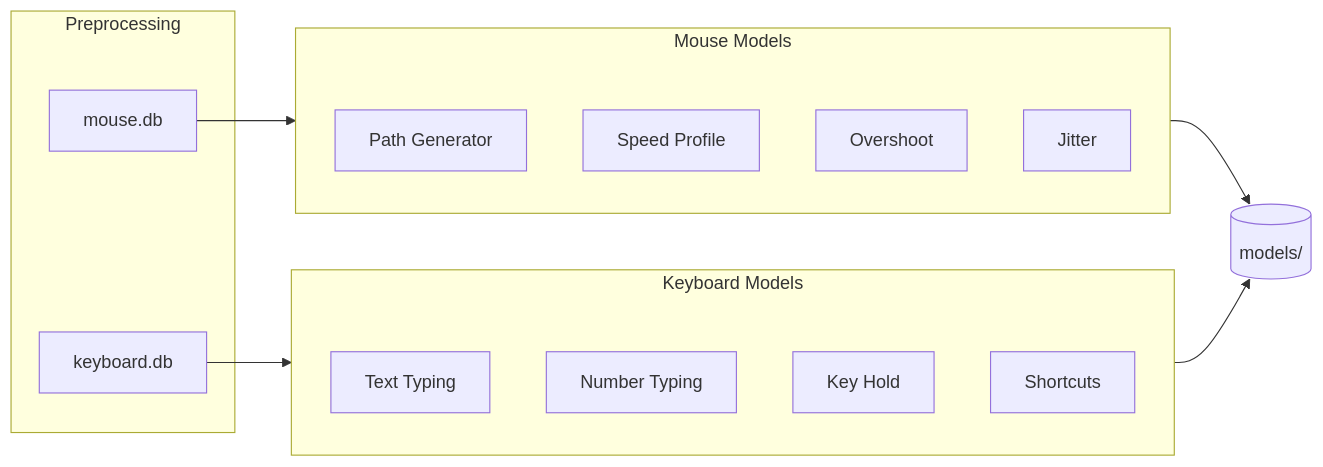
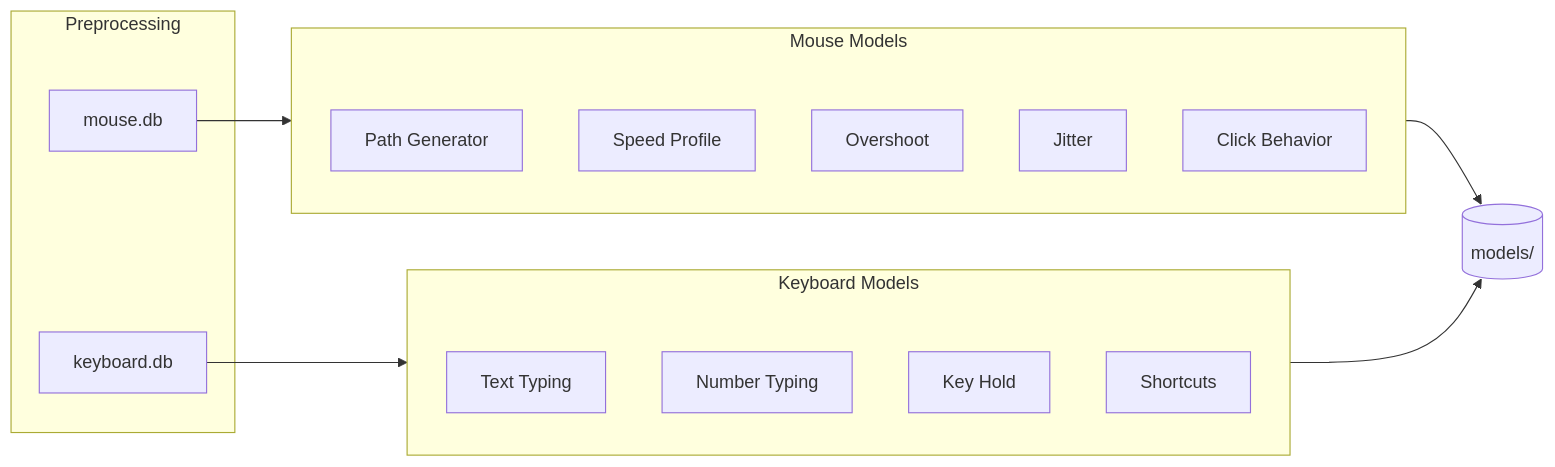
Before and after one commit to UVuruna/InputDNA: the diagram in ml/__ml.md, drawn with Mermaid. The commit also changed other lines of this file and 1 other file, not shown here.

````diff
--- a/ml/__ml.md
+++ b/ml/__ml.md
@@ -14,27 +14,28 @@
 ```mermaid
 %%{init: {'flowchart': {'subGraphTitleMargin': {'top': 0, 'bottom': 35}}}}%%
 flowchart LR
     subgraph DATA["Preprocessing"]
         MD[mouse.db]
         KD[keyboard.db]
     end
 
     subgraph MOUSE["Mouse Models"]
         PM[Path Generator]
         SM[Speed Profile]
         OM[Overshoot]
         JM[Jitter]
+        CM[Click Behavior]
     end
 
     subgraph KB["Keyboard Models"]
         TM[Text Typing]
         NM[Number Typing]
         HM[Key Hold]
         SC[Shortcuts]
     end
 
     MD --> MOUSE
     KD --> KB
     MOUSE --> SAVE[(models/)]
     KB --> SAVE
 ```
````
